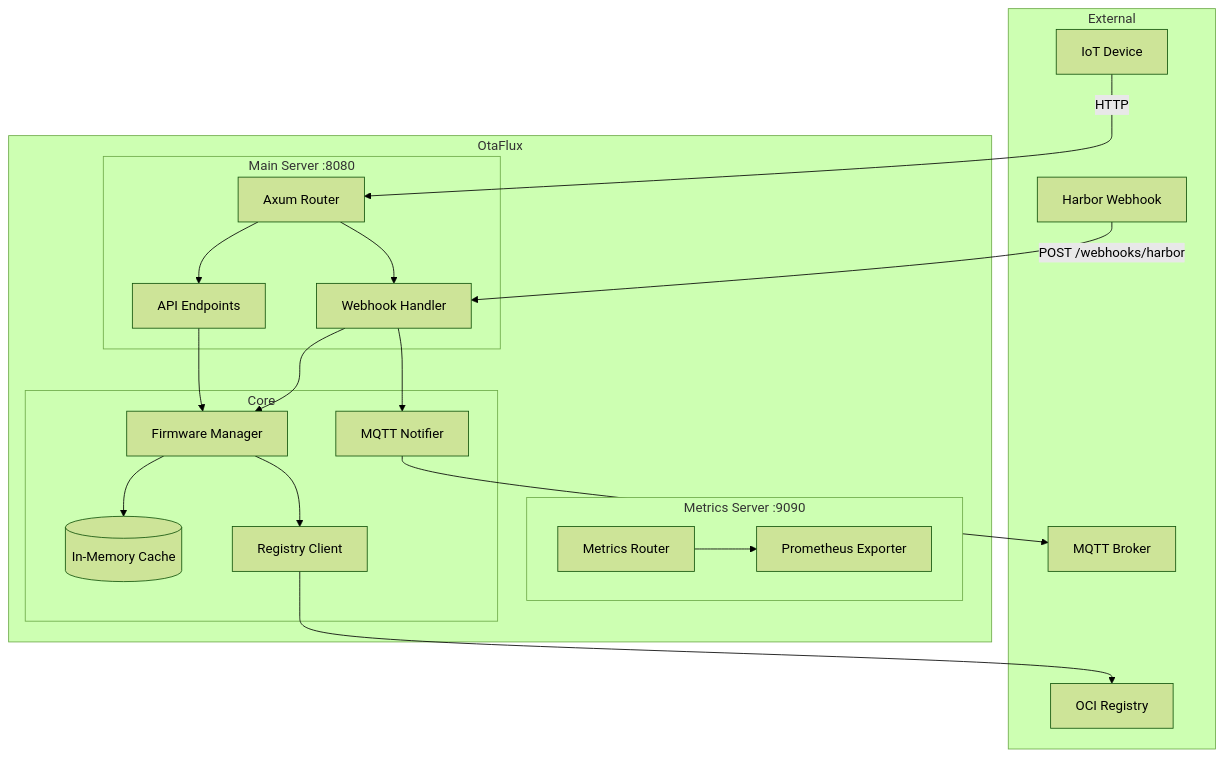
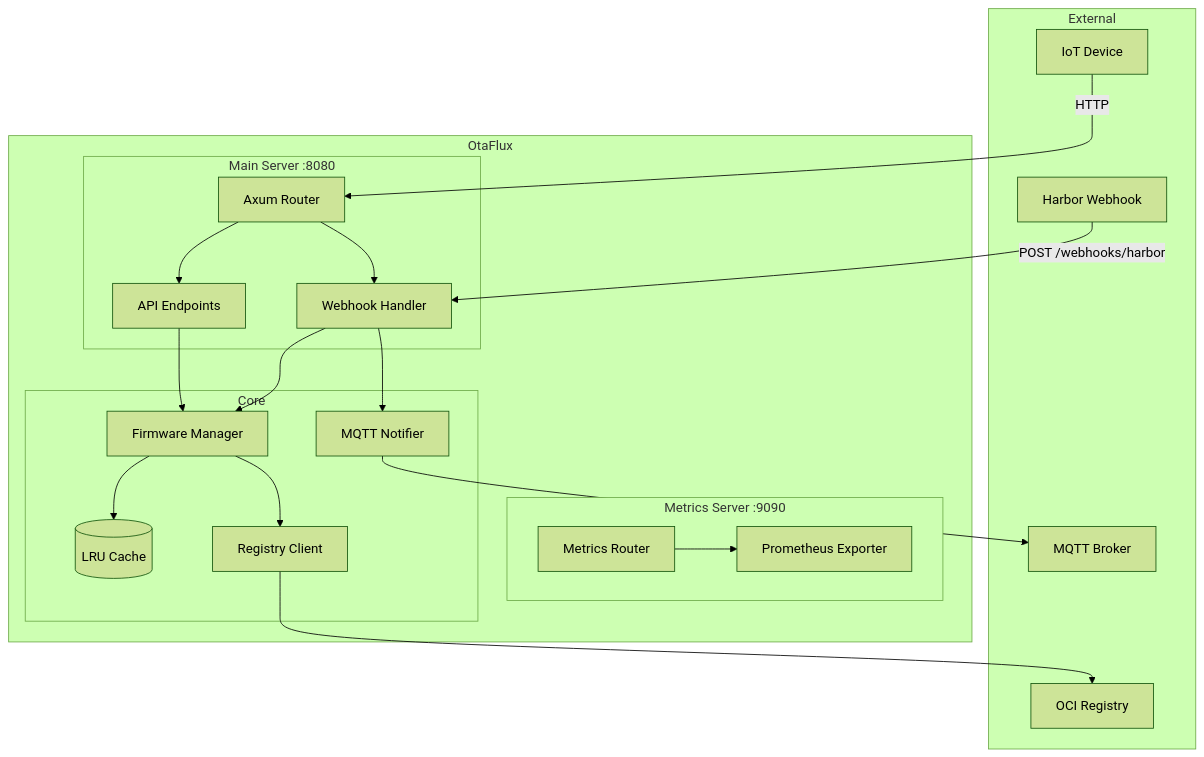
The diagram in docs/architecture.md (etiennetremel/otaflux), drawn with Mermaid (forest theme) before and after one commit. The commit also changed other lines of this file and 11 other files, not shown here.

````diff
--- a/docs/architecture.md
+++ b/docs/architecture.md
@@ -5,47 +5,47 @@
 ```mermaid
 flowchart TB
     subgraph External
         Device[IoT Device]
         Registry[OCI Registry]
         MQTT[MQTT Broker]
         Harbor[Harbor Webhook]
     end
 
     subgraph OtaFlux
         subgraph "Main Server :8080"
             Router[Axum Router]
             Endpoints[API Endpoints]
             WebhookHandler[Webhook Handler]
         end
 
         subgraph "Metrics Server :9090"
             MetricsRouter[Metrics Router]
             Prometheus[Prometheus Exporter]
         end
 
         subgraph Core
             FirmwareManager[Firmware Manager]
-            Cache[(In-Memory Cache)]
+            Cache[(LRU Cache)]
             RegistryClient[Registry Client]
             Notifier[MQTT Notifier]
         end
     end
 
     Device -->|HTTP| Router
     Router --> Endpoints
     Router --> WebhookHandler
     
     Harbor -->|POST /webhooks/harbor| WebhookHandler
     
     Endpoints --> FirmwareManager
     WebhookHandler --> FirmwareManager
     WebhookHandler --> Notifier
     
     FirmwareManager --> Cache
     FirmwareManager --> RegistryClient
     RegistryClient --> Registry
     
     Notifier --> MQTT
     
     MetricsRouter --> Prometheus
 ```
````
